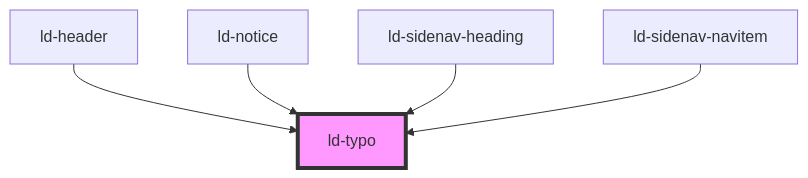
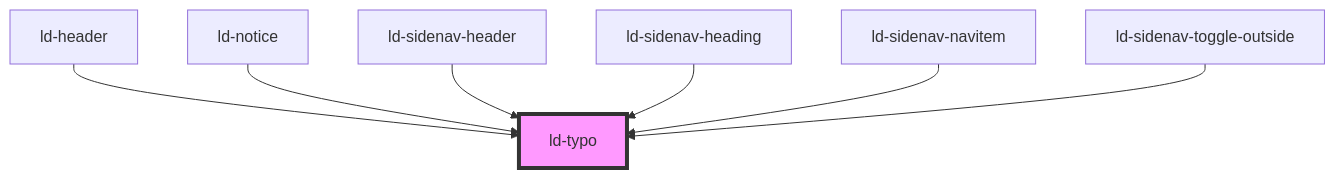
The diagram in src/liquid/components/ld-typo/readme.md (emdgroup-liquid/liquid), drawn with Mermaid before and after one commit. The commit also changed other lines of this file and 155 other files, not shown here.

Commit message:
feat(ld-sidenav): add header and toggle outside to sidenav

````diff
--- a/src/liquid/components/ld-typo/readme.md
+++ b/src/liquid/components/ld-typo/readme.md
@@ -429,8 +431,10 @@
 ```mermaid
 graph TD;
   ld-header --> ld-typo
   ld-notice --> ld-typo
+  ld-sidenav-header --> ld-typo
   ld-sidenav-heading --> ld-typo
   ld-sidenav-navitem --> ld-typo
+  ld-sidenav-toggle-outside --> ld-typo
   style ld-typo fill:#f9f,stroke:#333,stroke-width:4px
 ```
````
